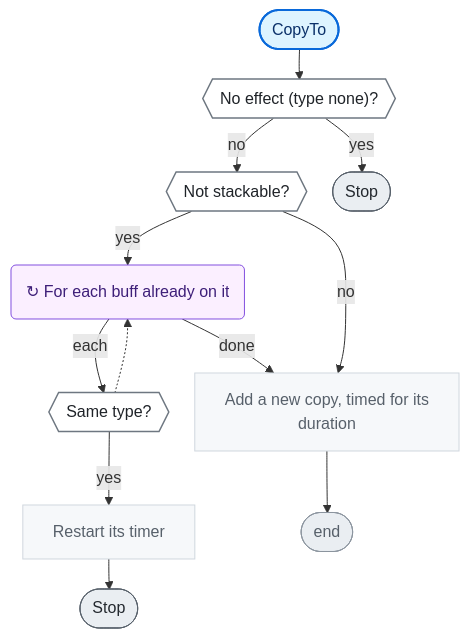
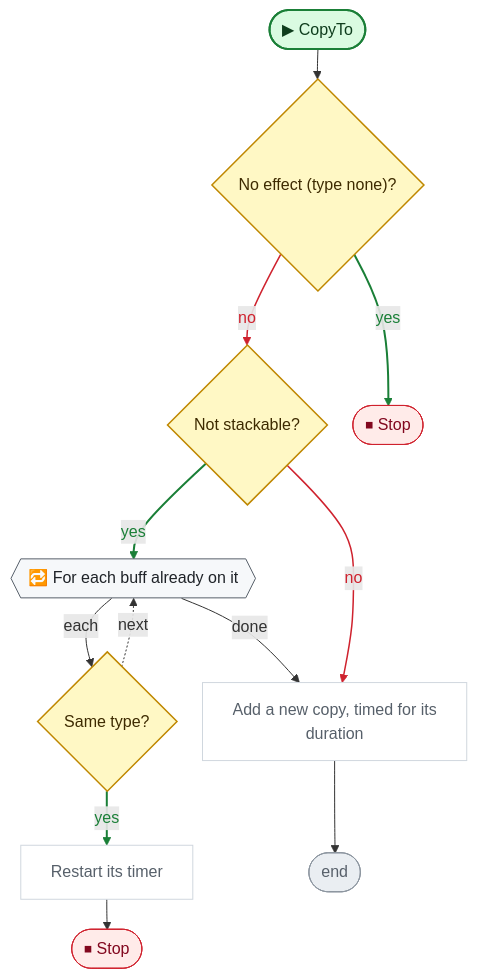
One commit to nataiai/Lord-of-the-Dungeon changed the third of 5 diagrams in CodeGraph~/graph/BuffEffect.cs.md. Above: the diagram before and after it, drawn with Mermaid. The commit also changed other lines of this file and 44 other files, not shown here.

````diff
--- a/CodeGraph~/graph/BuffEffect.cs.md
+++ b/CodeGraph~/graph/BuffEffect.cs.md
@@ -80,47 +80,56 @@
 ```mermaid
 ---
 config:
   flowchart:
     wrappingWidth: 260
     nodeSpacing: 26
     rankSpacing: 30
 ---
 flowchart TD
-  nS(["CopyTo"])
-  n38dff8{{"No effect (type none)?"}}
-  naab257{{"Not stackable?"}}
-  n472399("  ↻ For each buff already on it  ")
-  nf08f44{{"Same type?"}}
+  nS(["▶ CopyTo"])
+  n38dff8{"No effect (type none)?"}
+  naab257{"Not stackable?"}
+  n472399{{"🔁 For each buff already on it"}}
+  nf08f44{"Same type?"}
   n62d11e["Restart its timer"]
   n85f581["Add a new copy, timed for its<br>duration"]
   nE(["end"])
-  nb2e4fc(["Stop"])
-  n8ac8b5(["Stop"])
+  nb2e4fc(["⏹ Stop"])
+  n8ac8b5(["⏹ Stop"])
   nS --> n38dff8
   n38dff8 -->|no| naab257
   n38dff8 -->|yes| nb2e4fc
   naab257 -->|yes| n472399
   n472399 -->|each| nf08f44
   nf08f44 -->|yes| n62d11e
   n62d11e --> n8ac8b5
-  nf08f44 -.-> n472399
+  nf08f44 -.->|next| n472399
   n472399 -->|done| n85f581
   naab257 -->|no| n85f581
   n85f581 --> nE
-  classDef unity fill:#fff1c2,stroke:#9a6700,stroke-width:2px,color:#3b2300
-  classDef start fill:#ddf4ff,stroke:#0969da,stroke-width:2px,color:#0a3069
-  classDef calc fill:#f6f8fa,stroke:#d0d7de,color:#57606a
-  classDef calls fill:#ffffff,stroke:#0969da,stroke-width:2.5px,color:#0a3069
-  classDef cond fill:#ffffff,stroke:#6e7781,stroke-width:1.5px,color:#1f2328
-  classDef loop fill:#fbefff,stroke:#8250df,color:#3e1f79
-  classDef exit fill:#eaeef2,stroke:#57606a,color:#24292f
-  classDef wait fill:#fff8f0,stroke:#bc4c00,color:#4d1d00
+  linkStyle 1 stroke:#cf222e,stroke-width:1.5px,color:#cf222e
+  linkStyle 2 stroke:#1a7f37,stroke-width:2px,color:#1a7f37
+  linkStyle 3 stroke:#1a7f37,stroke-width:2px,color:#1a7f37
+  linkStyle 5 stroke:#1a7f37,stroke-width:2px,color:#1a7f37
+  linkStyle 9 stroke:#cf222e,stroke-width:1.5px,color:#cf222e
+  classDef unity fill:#dafbe1,stroke:#1a7f37,stroke-width:2px,color:#0f3d1d
+  classDef start fill:#dafbe1,stroke:#1a7f37,stroke-width:2px,color:#0f3d1d
+  classDef calc fill:#ffffff,stroke:#d0d7de,color:#57606a
+  classDef calls fill:#ddf4ff,stroke:#0969da,stroke-width:2px,color:#0a3069
+  classDef ext fill:#ddf4ff,stroke:#0969da,stroke-width:2px,stroke-dasharray:5 3,color:#0a3069
+  classDef cond fill:#fff8c5,stroke:#bf8700,stroke-width:1.5px,color:#3d2a00
+  classDef loop fill:#f6f8fa,stroke:#57606a,color:#1f2328
+  classDef exit fill:#ffebe9,stroke:#cf222e,color:#82071e
+  classDef kill fill:#ffebe9,stroke:#cf222e,stroke-width:2px,color:#82071e
+  classDef spawn fill:#dafbe1,stroke:#1a7f37,stroke-width:2px,color:#0f3d1d
+  classDef wait fill:#fff1e5,stroke:#bc4c00,color:#4d1d00
   classDef fin fill:#eaeef2,stroke:#8c959f,color:#57606a
   classDef join fill:#d0d7de,stroke:#8c959f,color:#57606a
+  classDef ghdr fill:#f5f9ff,stroke:#f5f9ff,color:#0a3069,font-weight:bold
   class n62d11e,n85f581 calc
   class n38dff8,naab257,nf08f44 cond
   class nb2e4fc,n8ac8b5 exit
   class nE fin
   class n472399 loop
   class nS start
 ```
````
